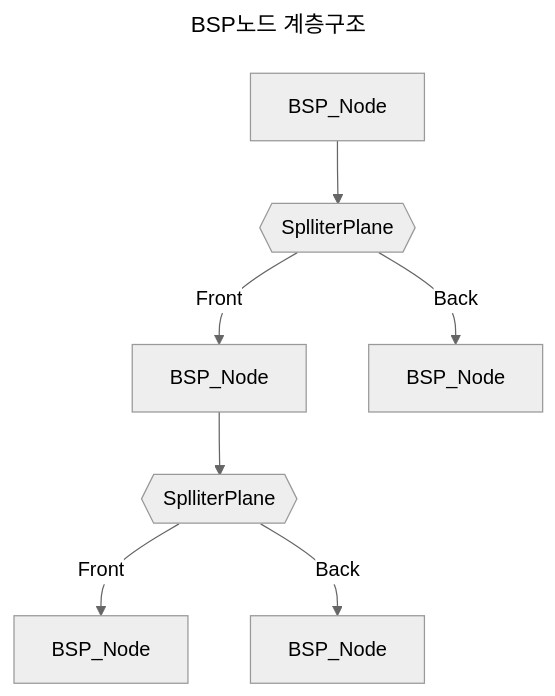
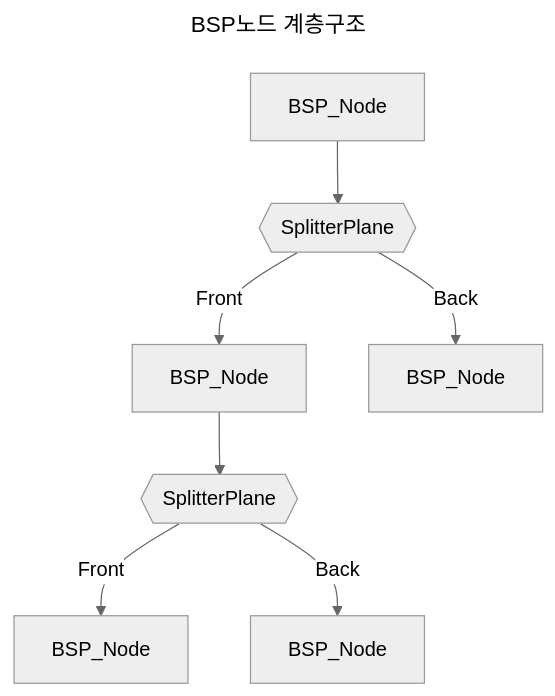
One commit to sturdyChair/MeshDestruction changed the first of 2 diagrams in codeInstruction.md. Above: the diagram before and after it, drawn with Mermaid (neutral theme). The commit also changed other lines of this file, not shown here.

````diff
--- a/codeInstruction.md
+++ b/codeInstruction.md
@@ -7,12 +7,12 @@
 ```mermaid
 ---
 title: BSP노드 계층구조
 ---
 graph TD
-    A[BSP_Node] --> B{{SplliterPlane}}
+    A[BSP_Node] --> B{{SplitterPlane}}
     B -->|Front| C[BSP_Node]
     B -->|Back| D[BSP_Node]
-    C[BSP_Node] --> E{{SplliterPlane}}
+    C[BSP_Node] --> E{{SplitterPlane}}
     E -->|Front| F[BSP_Node]
     E -->|Back| G[BSP_Node]
 ```
````
